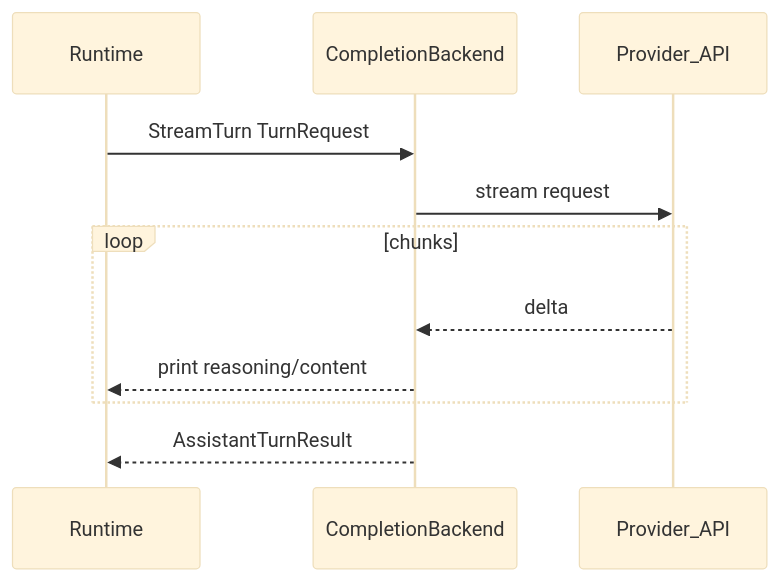
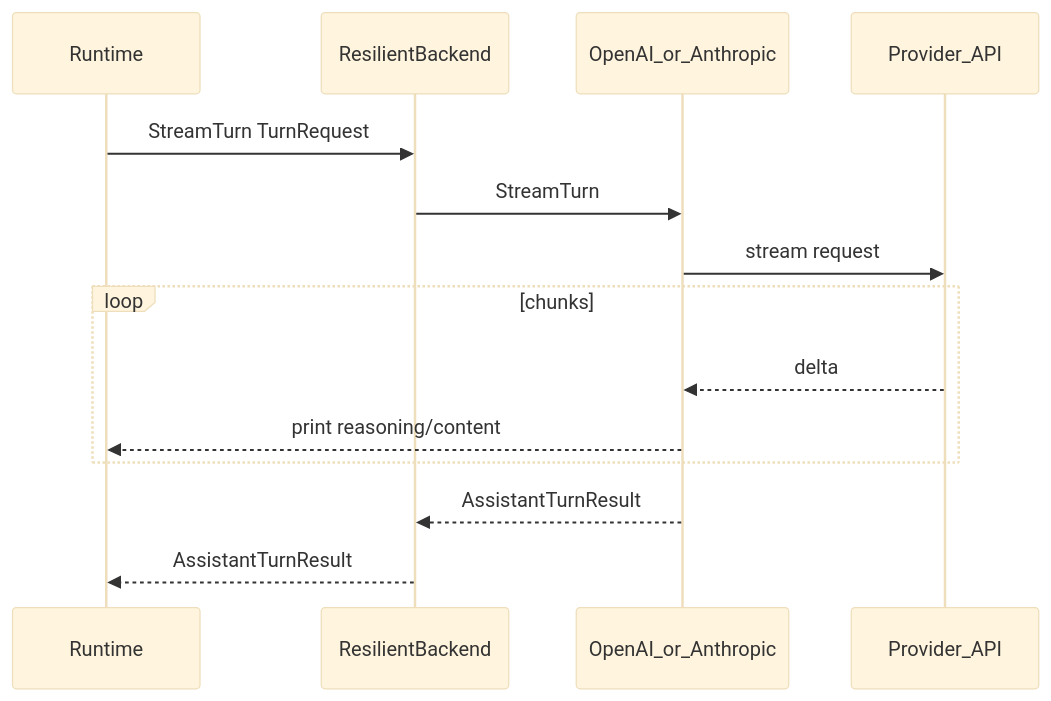
One commit to SAPPHIR3-ROS3/Solomon changed the diagram in docs/architecture/llm-layer.md. Above: the diagram before and after it, drawn with Mermaid (base theme). The commit also changed other lines of this file and 19 other files, not shown here.

````diff
--- a/docs/architecture/llm-layer.md
+++ b/docs/architecture/llm-layer.md
@@ -61,14 +75,17 @@
 ```mermaid
 sequenceDiagram
   participant RT as Runtime
-  participant BE as CompletionBackend
+  participant RB as ResilientBackend
+  participant BE as OpenAI_or_Anthropic
   participant API as Provider_API
 
-  RT->>BE: StreamTurn TurnRequest
+  RT->>RB: StreamTurn TurnRequest
+  RB->>BE: StreamTurn
   BE->>API: stream request
   loop chunks
     API-->>BE: delta
     BE-->>RT: print reasoning/content
   end
-  BE-->>RT: AssistantTurnResult
+  BE-->>RB: AssistantTurnResult
+  RB-->>RT: AssistantTurnResult
 ```
````
